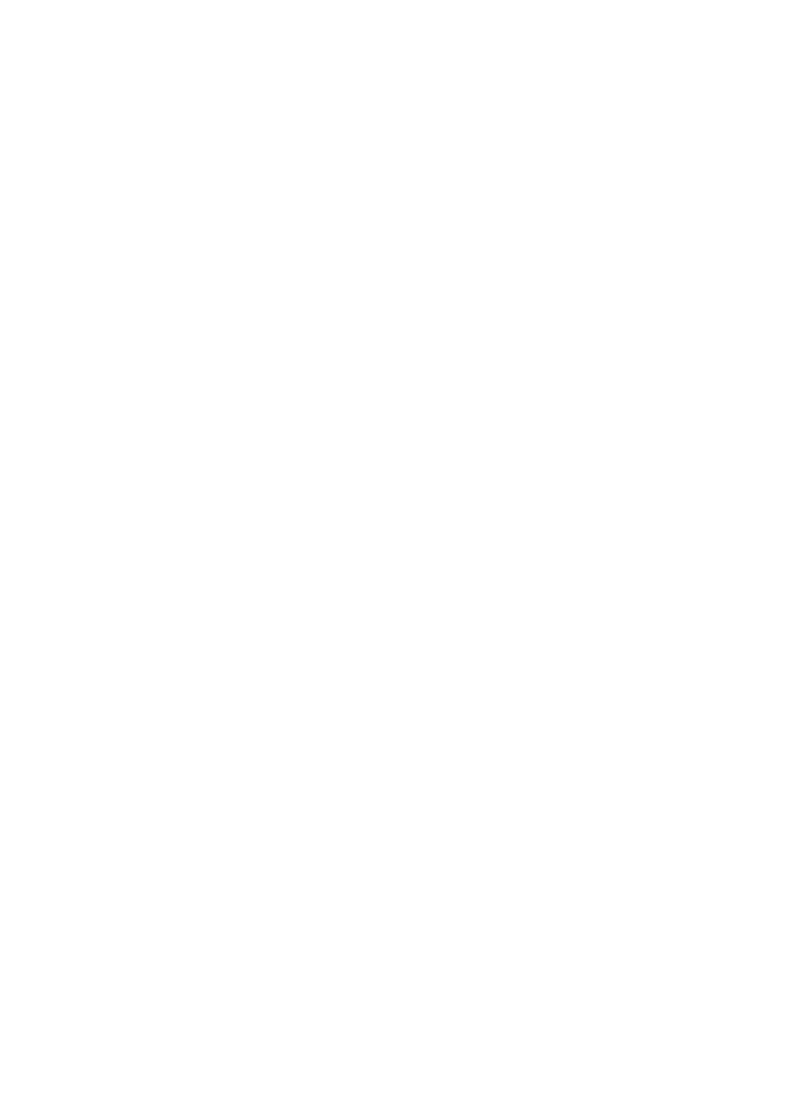
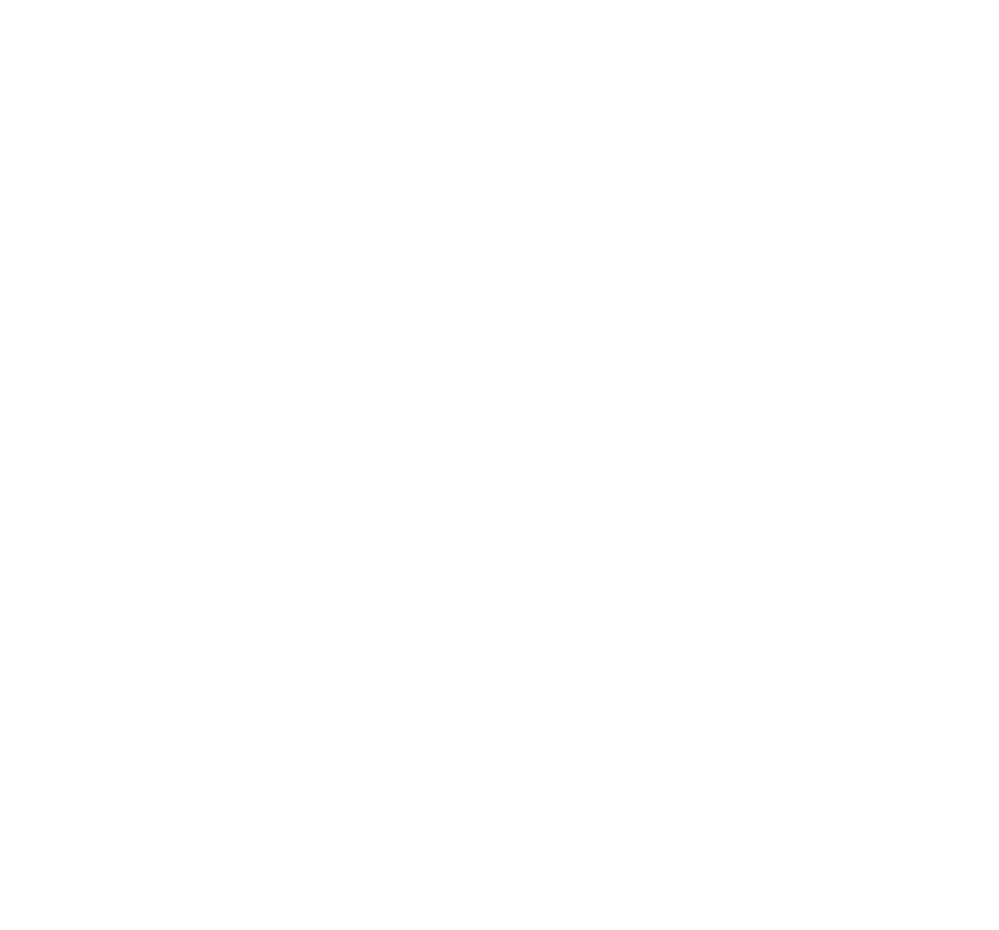
The diagram in data/graph.dot (dodokek/Derivative-Calculator), drawn with Graphviz before and after one commit. The commit also changed 17 other files, not shown here.

```diff
--- a/data/graph.dot
+++ b/data/graph.dot
@@ -1,49 +1,49 @@
 
     digraph g {
         dpi      = 200;
         fontname = "Comic Sans MS";
         fontsize = 20;
         rankdir   =  TB;
         edge [color = darkgrey, arrowhead = onormal, arrowsize = 1, penwidth = 1.2]
         graph[fillcolor = lightgreen, ranksep = 1.3, nodesep = 0.5,
         style = "rounded, filled",color = green, penwidth = 2]
 
-    Node000002abb16b66d0[shape=record, width=0.2, style="filled", color="red", fillcolor="#DBB585",label=" {Type: operation | value: +}"] 
+    Node00000191f31d66d0[shape=record, width=0.2, style="filled", color="red", fillcolor="#DBB585",label=" {Type: operation | value: +}"] 
  
-Node000002abb16b6670[shape=record, width=0.2, style="filled", color="red", fillcolor="#DBB585",label=" {Type: operation | value: +}"] 
+Node00000191f31d6610[shape=record, width=0.2, style="filled", color="red", fillcolor="#DBB585",label=" {Type: operation | value: -}"] 
  
-Node000002abb16b6610[shape=record, width=0.2, style="filled", color="red", fillcolor="#DBB585",label=" {Type: operation | value: -}"] 
+Node00000191f31d1d40[shape=record, width=0.2, style="filled", color="red", fillcolor="#DBB585",label=" {Type: operation | value: ^}"] 
  
-Node000002abb16b1d40[shape=record, width=0.2, style="filled", color="red", fillcolor="#DBB585",label=" {Type: operation | value: ^}"] 
+Node00000191f31d1ce0[shape=record, width=0.2, style="filled", color="red", fillcolor="#DBB585",label=" {Type: operation | value: \sin}"] 
  
-Node000002abb16b1ce0[shape=record, width=0.2, style="filled", color="red", fillcolor="#DBB585",label=" {Type: operation | value: sin}"] 
+Node00000191f31d1cb0[shape=record, width=0.2, style="filled", color="red", fillcolor="#DBB585",label=" {Type: operation | value: \cdot}"] 
  
-Node000002abb16b1cb0[shape=record, width=0.2, style="filled", color="red", fillcolor="#DBB585",label=" {Type: operation | value: \cdot}"] 
+Node00000191f31d1c50[shape=record, width=0.2, style="filled", color="red", fillcolor="#DB8E21",label=" {Type: number | value: 2}"] 
  
-Node000002abb16b1c50[shape=record, width=0.2, style="filled", color="red", fillcolor="#DB8E21",label=" {Type: number | value: 2}"] 
+Node00000191f31d1c80[shape=record, width=0.2, style="filled", color="red", fillcolor="#19DB27",label=" {Type: variable | value: x}"] 
  
-Node000002abb16b1c80[shape=record, width=0.2, style="filled", color="red", fillcolor="#19DB27",label=" {Type: variable | value: x}"] 
+Node00000191f31d1d10[shape=record, width=0.2, style="filled", color="red", fillcolor="#DB8E21",label=" {Type: number | value: 5}"] 
  
-Node000002abb16b1d10[shape=record, width=0.2, style="filled", color="red", fillcolor="#DB8E21",label=" {Type: number | value: 5}"] 
+Node00000191f31d1da0[shape=record, width=0.2, style="filled", color="red", fillcolor="#DBB585",label=" {Type: operation | value: \cos}"] 
  
-Node000002abb16b1da0[shape=record, width=0.2, style="filled", color="red", fillcolor="#DBB585",label=" {Type: operation | value: cos}"] 
+Node00000191f31d1d70[shape=record, width=0.2, style="filled", color="red", fillcolor="#19DB27",label=" {Type: variable | value: x}"] 
  
-Node000002abb16b1d70[shape=record, width=0.2, style="filled", color="red", fillcolor="#19DB27",label=" {Type: variable | value: x}"] 
+Node00000191f31d66a0[shape=record, width=0.2, style="filled", color="red", fillcolor="#DBB585",label=" {Type: operation | value: ^}"] 
  
-Node000002abb16b6640[shape=record, width=0.2, style="filled", color="red", fillcolor="#19DB27",label=" {Type: variable | value: x^4}"] 
+Node00000191f31d6640[shape=record, width=0.2, style="filled", color="red", fillcolor="#19DB27",label=" {Type: variable | value: x}"] 
  
-Node000002abb16b66a0[shape=record, width=0.2, style="filled", color="red", fillcolor="#DB8E21",label=" {Type: number | value: 5}"] 
+Node00000191f31d6670[shape=record, width=0.2, style="filled", color="red", fillcolor="#DB8E21",label=" {Type: number | value: 5}"] 
  
-Node000002abb16b66d0->Node000002abb16b6670
-Node000002abb16b6670->Node000002abb16b6610
-Node000002abb16b6610->Node000002abb16b1d40
-Node000002abb16b1d40->Node000002abb16b1ce0
-Node000002abb16b1ce0->Node000002abb16b1cb0
-Node000002abb16b1cb0->Node000002abb16b1c50
-Node000002abb16b1cb0->Node000002abb16b1c80
-Node000002abb16b1d40->Node000002abb16b1d10
-Node000002abb16b6610->Node000002abb16b1da0
-Node000002abb16b1da0->Node000002abb16b1d70
-Node000002abb16b6670->Node000002abb16b6640
-Node000002abb16b66d0->Node000002abb16b66a0
+Node00000191f31d66d0->Node00000191f31d6610
+Node00000191f31d6610->Node00000191f31d1d40
+Node00000191f31d1d40->Node00000191f31d1ce0
+Node00000191f31d1ce0->Node00000191f31d1cb0
+Node00000191f31d1cb0->Node00000191f31d1c50
+Node00000191f31d1cb0->Node00000191f31d1c80
+Node00000191f31d1d40->Node00000191f31d1d10
+Node00000191f31d6610->Node00000191f31d1da0
+Node00000191f31d1da0->Node00000191f31d1d70
+Node00000191f31d66d0->Node00000191f31d66a0
+Node00000191f31d66a0->Node00000191f31d6640
+Node00000191f31d66a0->Node00000191f31d6670
 }
```
